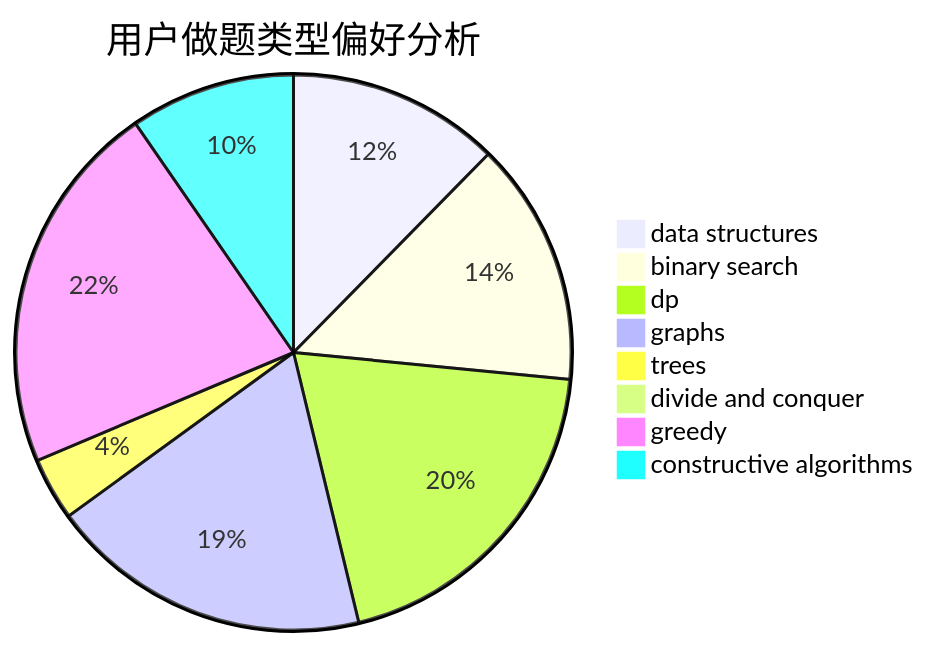
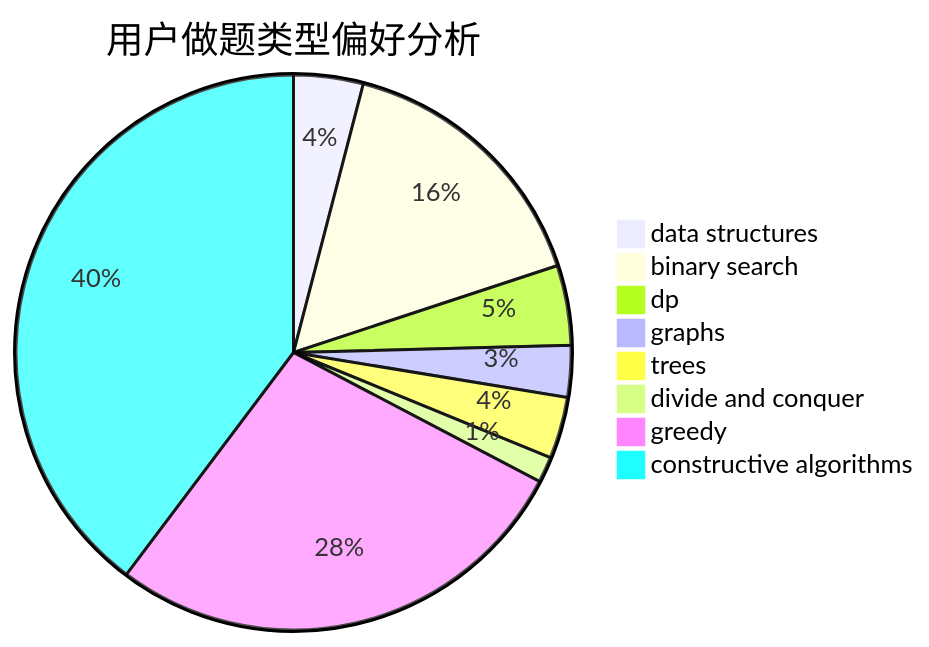
Before and after one commit to sherpahu/cfrs.github.io: the second of 3 diagrams in docs/user/u685.md, drawn with Mermaid. The commit also changed other lines of this file and 2770 other files, not shown here.

````diff
--- a/docs/user/u685.md
+++ b/docs/user/u685.md
@@ -23,11 +23,11 @@
 ```mermaid
 pie title 用户做题类型偏好分析
-    "data structures" :  54
-    "binary search" :  62
-    "dp" :  86
-    "graphs" :  82
-    "trees" :  16
-    "divide and conquer" :  0
-    "greedy" :  95
-    "constructive algorithms" :  42
+    "data structures" :  27
+    "binary search" :  106
+    "dp" :  31
+    "graphs" :  20
+    "trees" :  24
+    "divide and conquer" :  10
+    "greedy" :  184
+    "constructive algorithms" :  265
 ```
````
